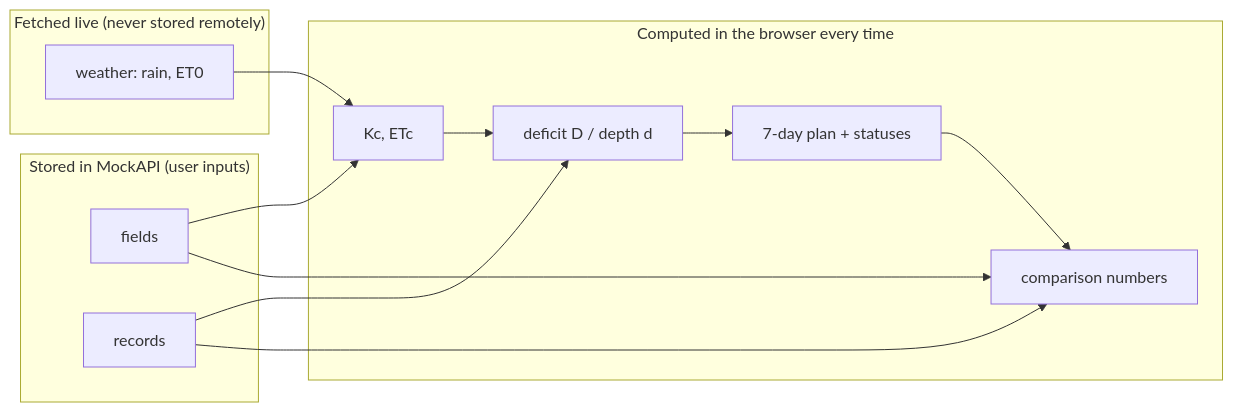
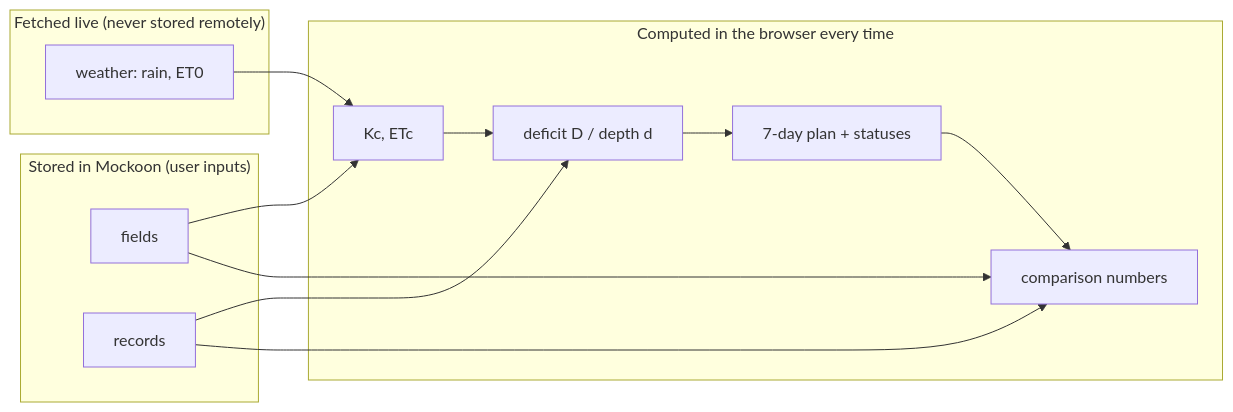
One commit to ViiUnknown/aquaplan changed the sixth of 13 diagrams in ARCHITECTURE.md. Above: the diagram before and after it, drawn with Mermaid. The commit also changed other lines of this file and 35 other files, not shown here.

````diff
--- a/ARCHITECTURE.md
+++ b/ARCHITECTURE.md
@@ -242,24 +248,24 @@
 ```mermaid
 flowchart LR
-    subgraph stored["Stored in MockAPI (user inputs)"]
+    subgraph stored["Stored in Mockoon (user inputs)"]
         F["fields"]
         R["records"]
     end
     subgraph fetched["Fetched live (never stored remotely)"]
         W["weather: rain, ET0"]
     end
     subgraph computed["Computed in the browser every time"]
         K["Kc, ETc"]
         D["deficit D / depth d"]
         P["7-day plan + statuses"]
         C["comparison numbers"]
     end
     F --> K
     W --> K
     K --> D
     R --> D
     D --> P
     P --> C
     F --> C
     R --> C
 ```
````
